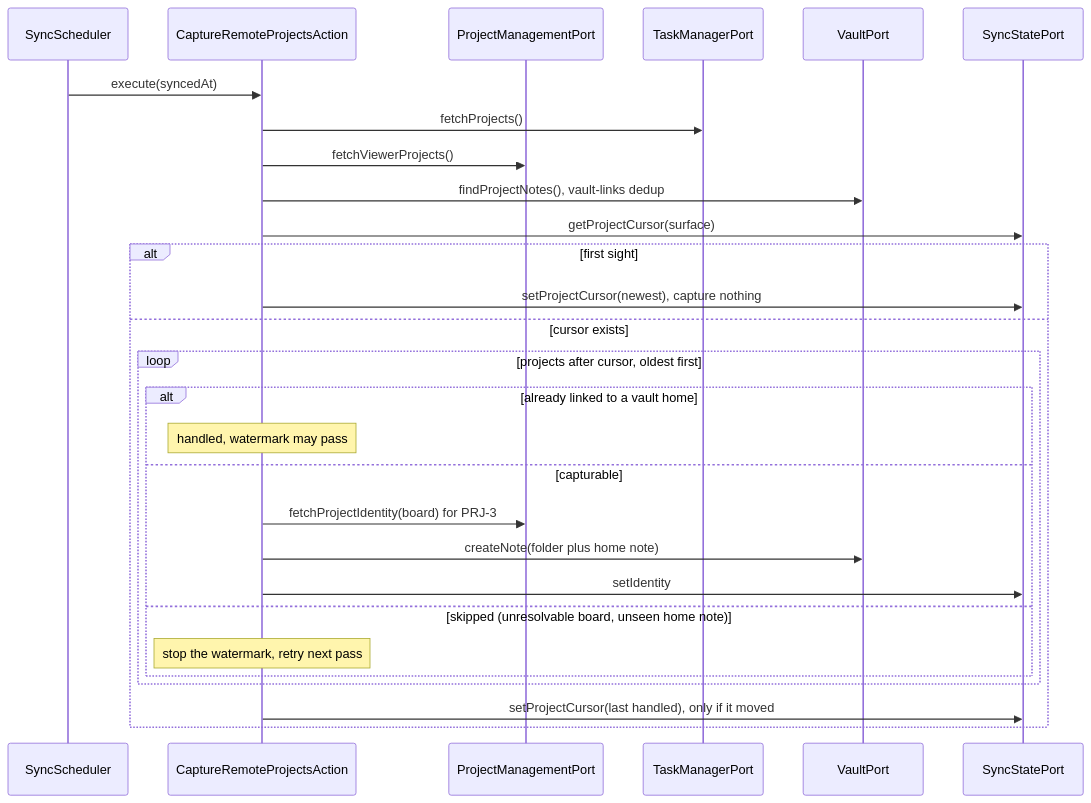
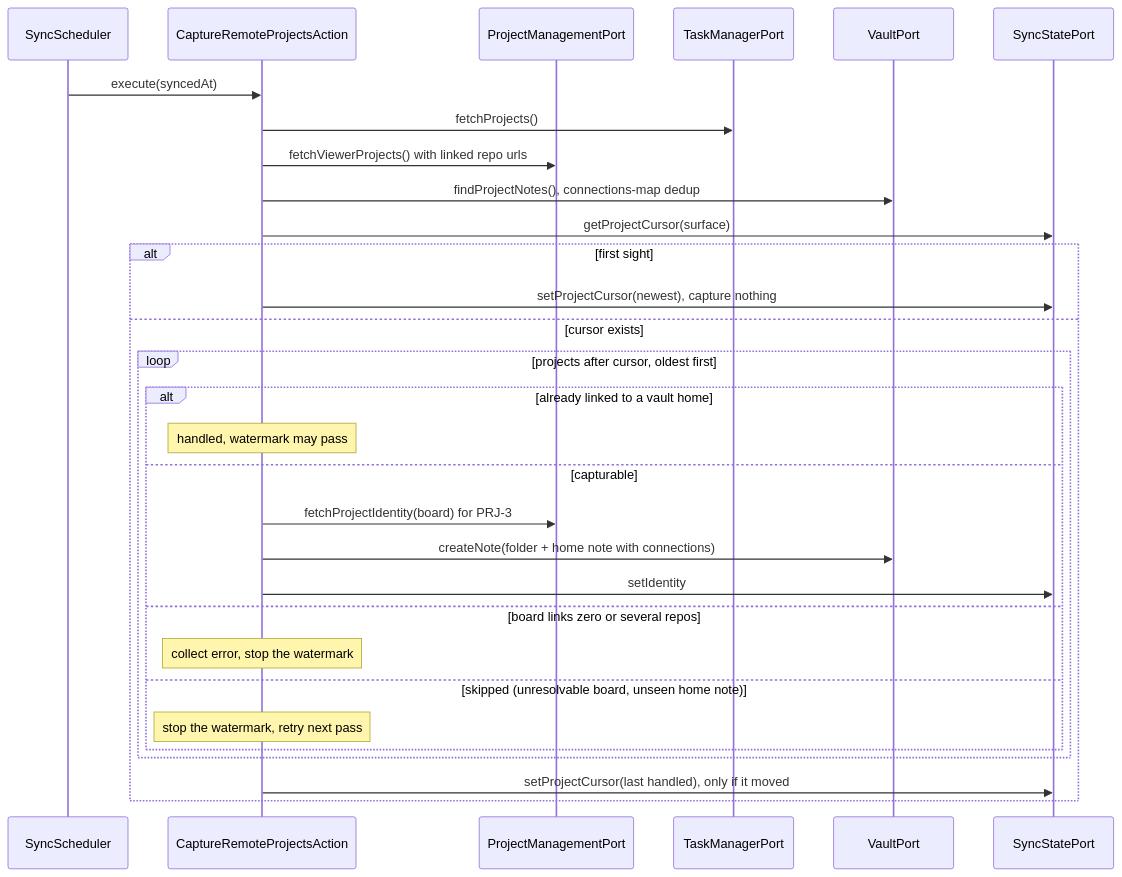
Diagram 17 of 25 in docs/developer-manual.md (99linesofcode/obsidian-project-management), drawn with Mermaid before and after one commit. The commit also changed other lines of this file and 1 other file, not shown here.

````diff
--- a/docs/developer-manual.md
+++ b/docs/developer-manual.md
@@ -755,31 +770,33 @@
 ```mermaid
 sequenceDiagram
   participant Sched as SyncScheduler
   participant Cap as CaptureRemoteProjectsAction
   participant PM as ProjectManagementPort
   participant TM as TaskManagerPort
   participant V as VaultPort
   participant SS as SyncStatePort
 
   Sched->>Cap: execute(syncedAt)
   Cap->>TM: fetchProjects()
-  Cap->>PM: fetchViewerProjects()
-  Cap->>V: findProjectNotes(), vault-links dedup
+  Cap->>PM: fetchViewerProjects() with linked repo urls
+  Cap->>V: findProjectNotes(), connections-map dedup
   Cap->>SS: getProjectCursor(surface)
   alt first sight
     Cap->>SS: setProjectCursor(newest), capture nothing
   else cursor exists
     loop projects after cursor, oldest first
       alt already linked to a vault home
         Note over Cap: handled, watermark may pass
       else capturable
         Cap->>PM: fetchProjectIdentity(board) for PRJ-3
-        Cap->>V: createNote(folder plus home note)
+        Cap->>V: createNote(folder + home note with connections)
         Cap->>SS: setIdentity
+      else board links zero or several repos
+        Note over Cap: collect error, stop the watermark
       else skipped (unresolvable board, unseen home note)
         Note over Cap: stop the watermark, retry next pass
       end
     end
     Cap->>SS: setProjectCursor(last handled), only if it moved
   end
 ```
````
